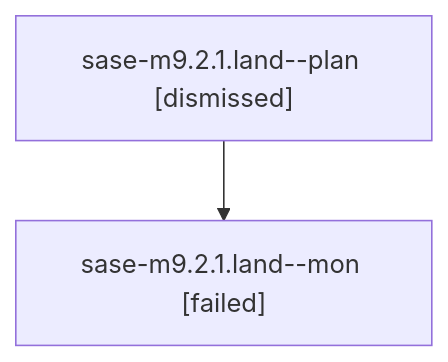
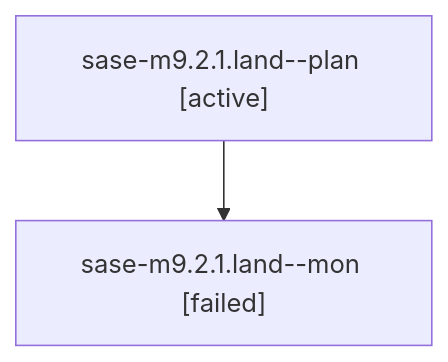
One commit to sase-org/sase--agents changed the diagram in families/bbugyi200.athena.sase-m9.2.1.land.md. Above: the diagram before and after it, drawn with Mermaid. The commit also changed other lines of this file and 35830 other files, not shown here.

````diff
--- a/families/bbugyi200.athena.sase-m9.2.1.land.md
+++ b/families/bbugyi200.athena.sase-m9.2.1.land.md
@@ -9,6 +9,6 @@
 ```mermaid
 flowchart TD
-  n0["sase-m9.2.1.land--plan [dismissed]"]
+  n0["sase-m9.2.1.land--plan [active]"]
   n1["sase-m9.2.1.land--mon [failed]"]
   n0 --> n1
 ```
````
